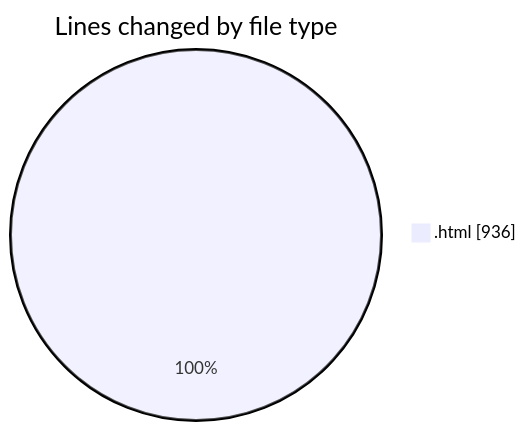
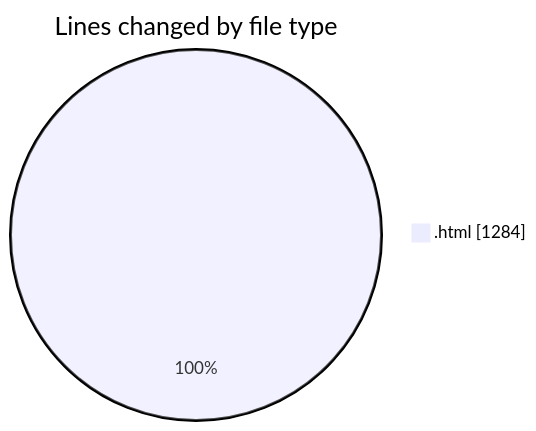
One commit to Ritupan-Deka/code-tracking changed the first of 2 diagrams in 2025-02-15/0starter_files/README.md. Above: the diagram before and after it, drawn with Mermaid. The commit also changed other lines of this file and 1 other file, not shown here.

````diff
--- a/2025-02-15/0starter_files/README.md
+++ b/2025-02-15/0starter_files/README.md
@@ -20,5 +20,5 @@
 ```mermaid
 pie showData
 title Lines changed by file type
-".html" : 936
+".html" : 1284
 ```
````
